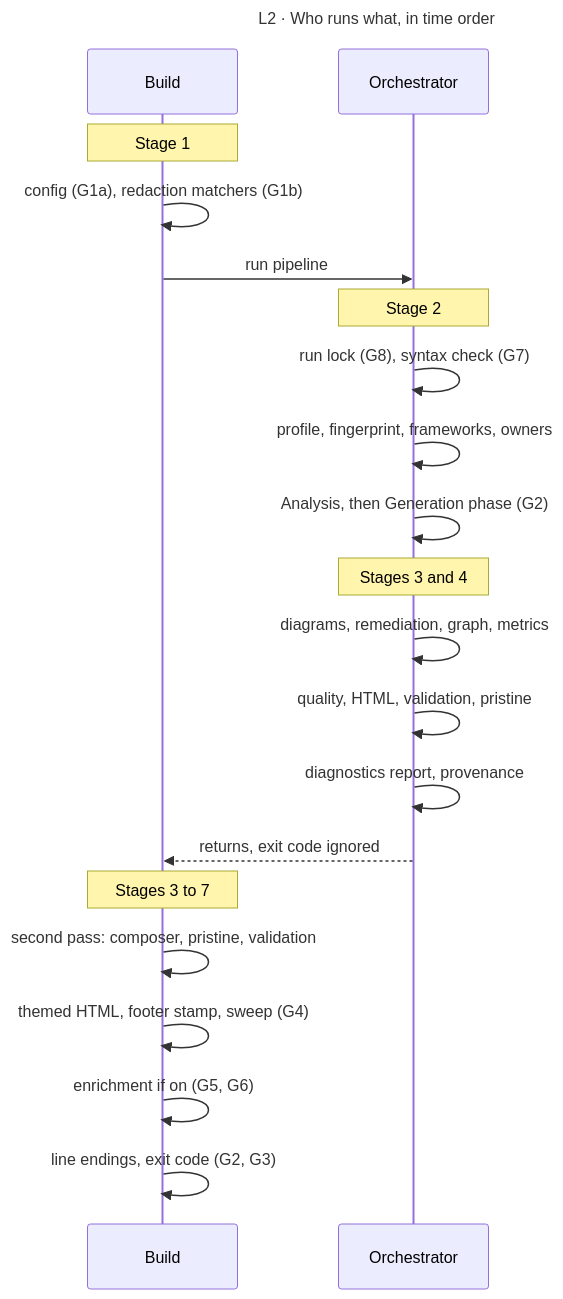
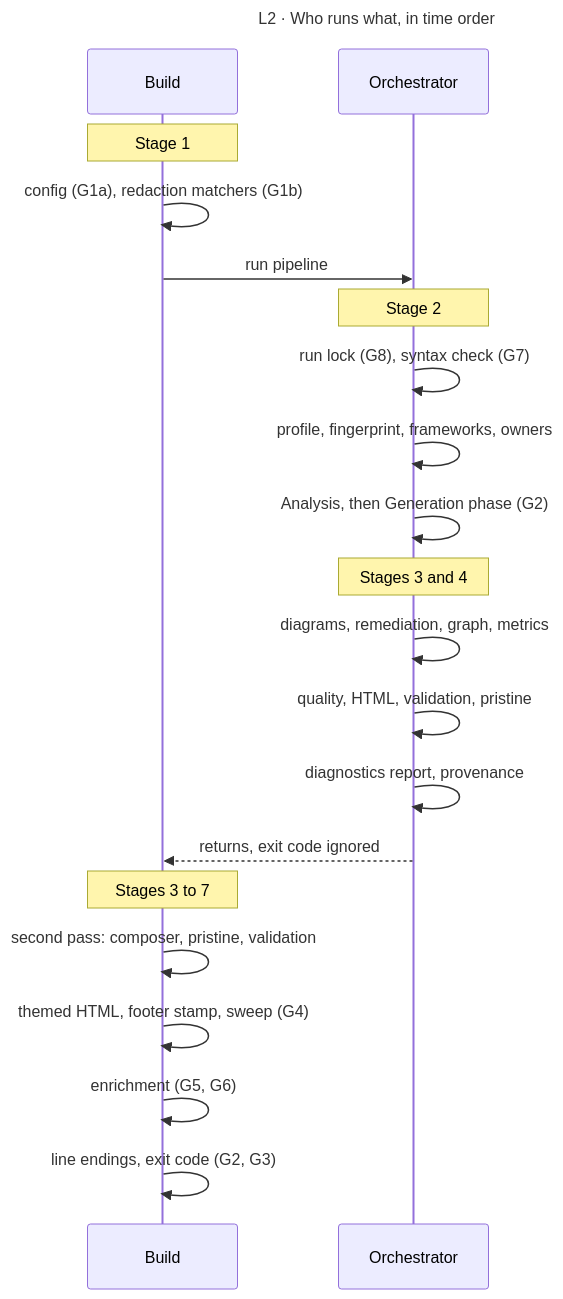
The diagram in docs/pipeline/detail/run-order.md (HeWhoRoams/AppDoc), drawn with Mermaid before and after one commit. The commit also changed other lines of this file and 17 other files, not shown here.

````diff
--- a/docs/pipeline/detail/run-order.md
+++ b/docs/pipeline/detail/run-order.md
@@ -11,29 +11,29 @@
 ```mermaid
 ---
 title: "L2 · Who runs what, in time order"
 ---
 sequenceDiagram
   accTitle: Run order between the build script and the orchestrator
-  accDescr: The build loads config and compiles redaction patterns, then calls the orchestrator. The orchestrator takes the run lock, runs the syntax check, detects the framework, runs all generators, validates, and returns. The build then runs a second composer and validation pass, rebuilds the HTML report, stamps footers, sweeps for secrets, optionally runs enrichment, normalises line endings and decides the exit code.
+  accDescr: The build loads config and compiles redaction patterns, then calls the orchestrator. The orchestrator takes the run lock, runs the syntax check, detects the framework, runs all generators, validates, and returns. The build then runs a second composer and validation pass, rebuilds the HTML report, stamps footers, sweeps for secrets, runs enrichment, normalises line endings and decides the exit code.
 
   participant B as Build
   participant O as Orchestrator
 
   Note over B: Stage 1
   B->>B: config (G1a), redaction matchers (G1b)
   B->>O: run pipeline
   Note over O: Stage 2
   O->>O: run lock (G8), syntax check (G7)
   O->>O: profile, fingerprint, frameworks, owners
   O->>O: Analysis, then Generation phase (G2)
   Note over O: Stages 3 and 4
   O->>O: diagrams, remediation, graph, metrics
   O->>O: quality, HTML, validation, pristine
   O->>O: diagnostics report, provenance
   O-->>B: returns, exit code ignored
   Note over B: Stages 3 to 7
   B->>B: second pass: composer, pristine, validation
   B->>B: themed HTML, footer stamp, sweep (G4)
-  B->>B: enrichment if on (G5, G6)
+  B->>B: enrichment (G5, G6)
   B->>B: line endings, exit code (G2, G3)
 ```
````
